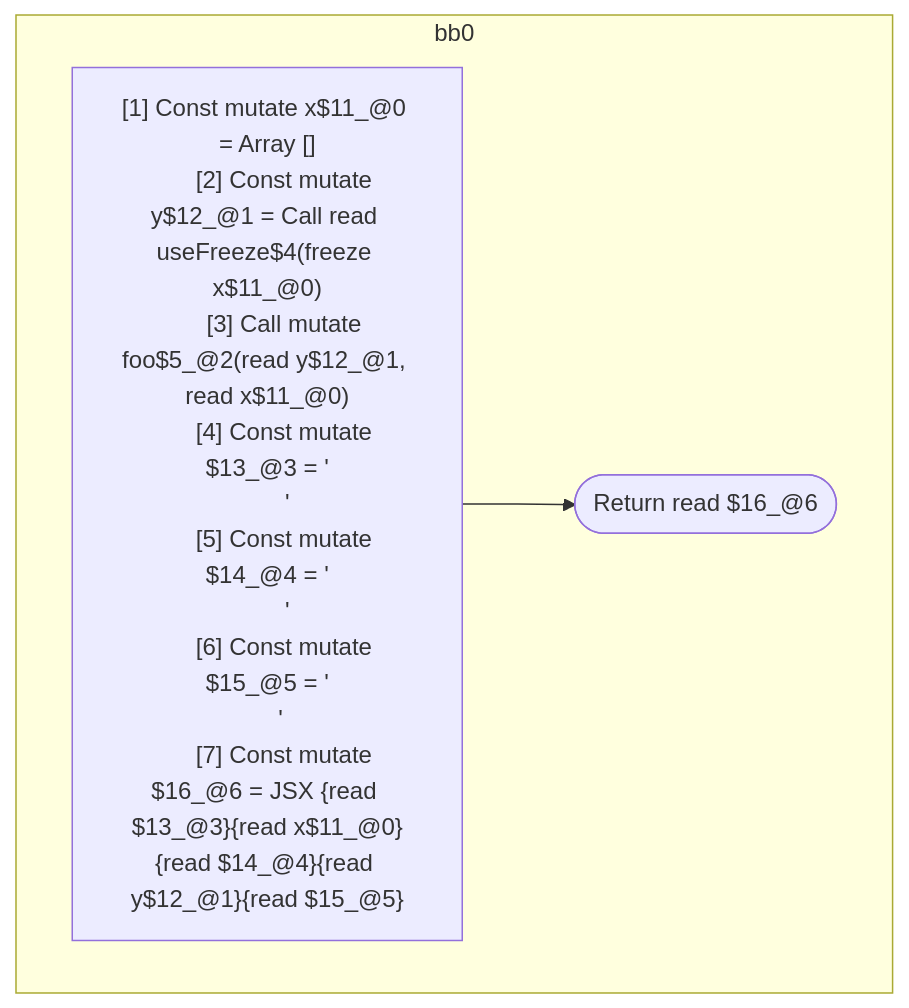
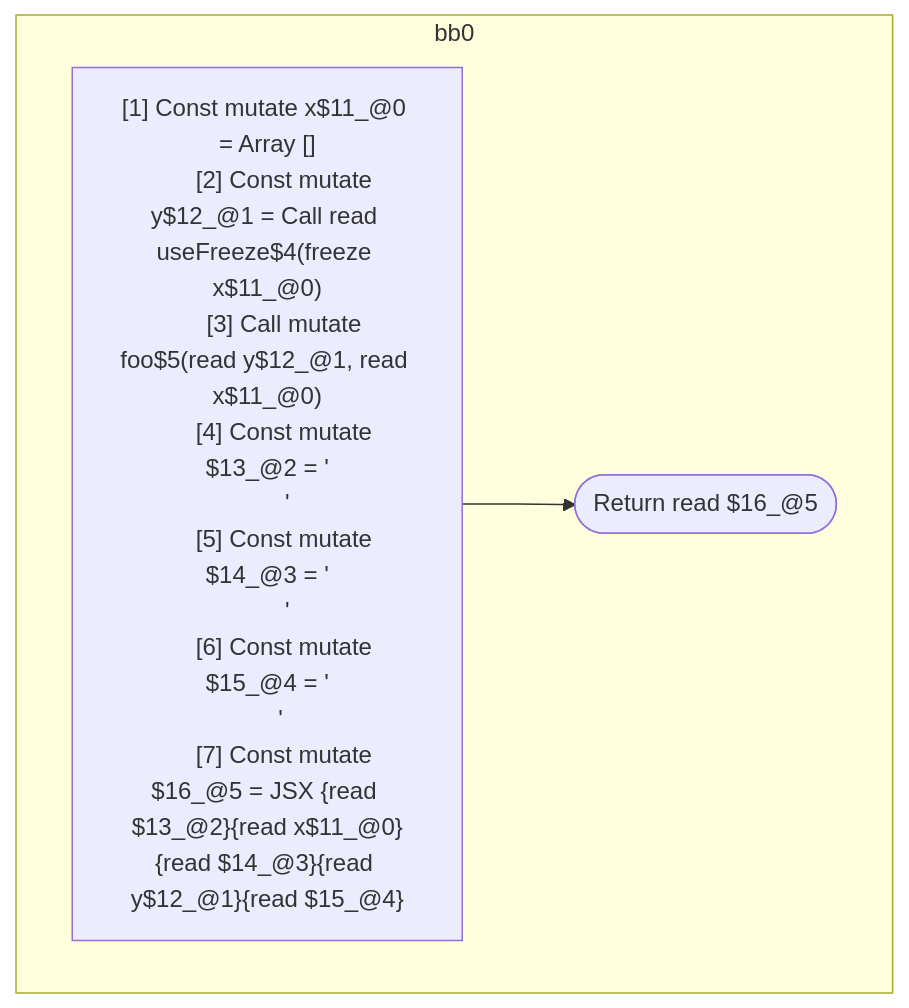
The third of 3 diagrams in compiler/forget/src/__tests__/fixtures/hir/hook-call.expect.md (wutsmog/private), drawn with Mermaid before and after one commit. The commit also changed other lines of this file and 100 other files, not shown here.

````diff
--- a/compiler/forget/src/__tests__/fixtures/hir/hook-call.expect.md
+++ b/compiler/forget/src/__tests__/fixtures/hir/hook-call.expect.md
@@ -101,19 +146,19 @@
 ```mermaid
 flowchart TB
   %% Basic Blocks
   subgraph bb0
     bb0_instrs["
       [1] Const mutate x$11_@0 = Array []
       [2] Const mutate y$12_@1 = Call read useFreeze$4(freeze x$11_@0)
-      [3] Call mutate foo$5_@2(read y$12_@1, read x$11_@0)
-      [4] Const mutate $13_@3 = '\n      '
-      [5] Const mutate $14_@4 = '\n      '
-      [6] Const mutate $15_@5 = '\n    '
-      [7] Const mutate $16_@6 = JSX <read Component$0>{read $13_@3}{read x$11_@0}{read $14_@4}{read y$12_@1}{read $15_@5}</read Component$0>
+      [3] Call mutate foo$5(read y$12_@1, read x$11_@0)
+      [4] Const mutate $13_@2 = '\n      '
+      [5] Const mutate $14_@3 = '\n      '
+      [6] Const mutate $15_@4 = '\n    '
+      [7] Const mutate $16_@5 = JSX <read Component$0>{read $13_@2}{read x$11_@0}{read $14_@3}{read y$12_@1}{read $15_@4}</read Component$0>
     "]
-    bb0_instrs --> bb0_terminal(["Return read $16_@6"])
+    bb0_instrs --> bb0_terminal(["Return read $16_@5"])
   end
 
   %% Jumps
   %% empty
 ```
````
